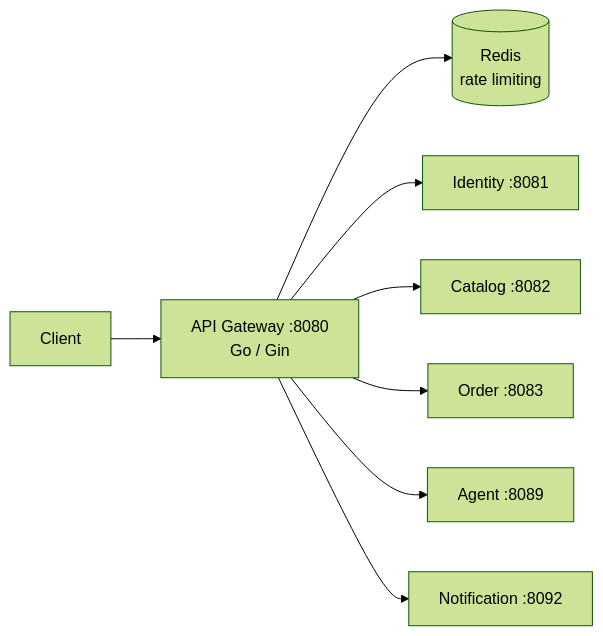
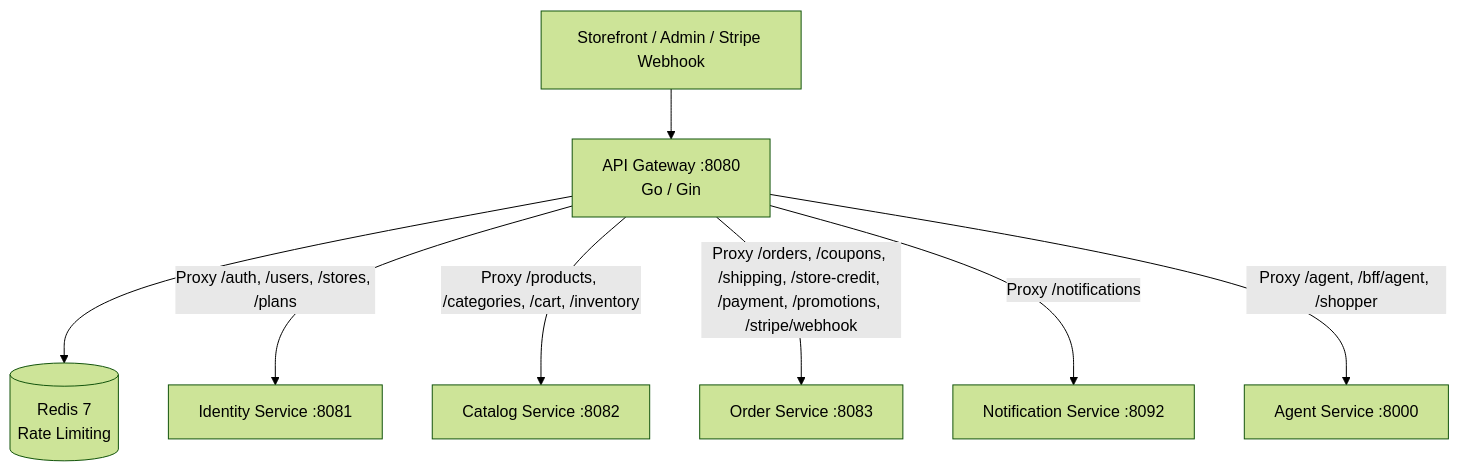
The diagram in backend/api-gateway/README.md (yashrajoria/E-Commerce-backend), drawn with Mermaid (forest theme) before and after one commit. The commit also changed other lines of this file and 11 other files, not shown here.

````diff
--- a/backend/api-gateway/README.md
+++ b/backend/api-gateway/README.md
@@ -15,10 +9,11 @@
 ```mermaid
-flowchart LR
-  Client[Client] --> Gateway[API Gateway :8080\nGo / Gin]
-  Gateway --> Redis[(Redis\nrate limiting)]
-  Gateway --> Identity[Identity :8081]
-  Gateway --> Catalog[Catalog :8082]
-  Gateway --> Order[Order :8083]
-  Gateway --> Agent[Agent :8089]
-  Gateway --> Notif[Notification :8092]
+flowchart TD
+  Client[Storefront / Admin / Stripe Webhook] --> Gateway[API Gateway :8080<br/>Go / Gin]
+  Gateway --> Redis[(Redis 7<br/>Rate Limiting)]
+
+  Gateway -->|"Proxy /auth, /users, /stores, /plans"| Identity[Identity Service :8081]
+  Gateway -->|"Proxy /products, /categories, /cart, /inventory"| Catalog[Catalog Service :8082]
+  Gateway -->|"Proxy /orders, /coupons, /shipping, /store-credit, /payment, /promotions, /stripe/webhook"| Order[Order Service :8083]
+  Gateway -->|"Proxy /notifications"| Notification[Notification Service :8092]
+  Gateway -->|"Proxy /agent, /bff/agent, /shopper"| Agent[Agent Service :8000]
 ```
````
